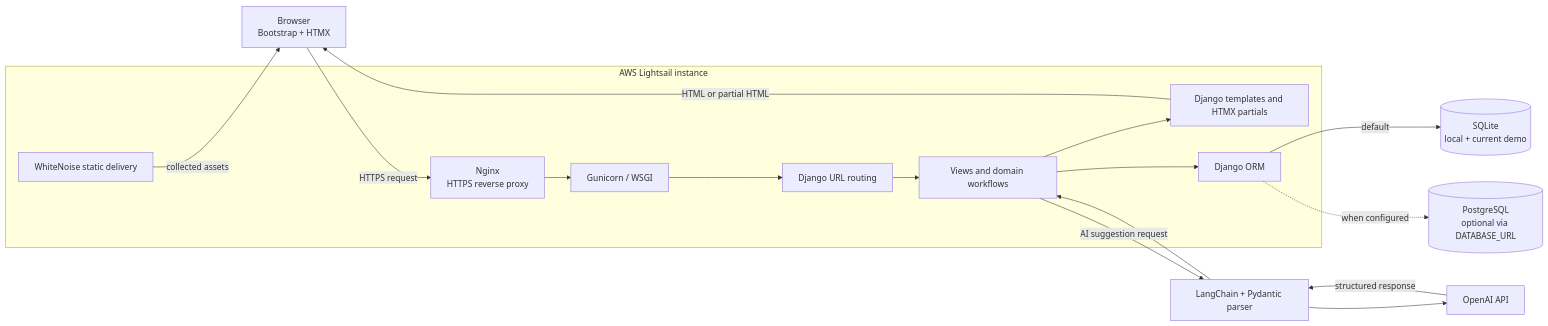
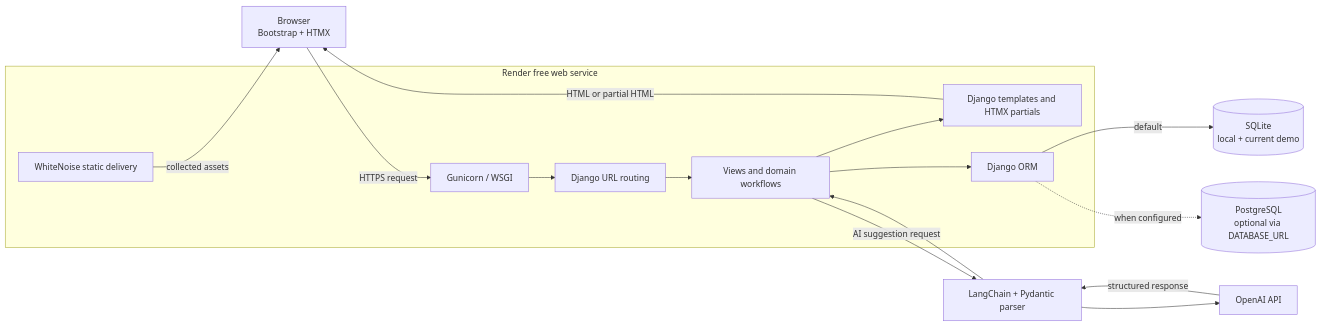
Before and after one commit to Dennylunch/TrainForge: the first of 2 diagrams in README.md, drawn with Mermaid. The commit also changed other lines of this file, not shown here.

Commit message:
Update README for Render free demo

````diff
--- a/README.md
+++ b/README.md
@@ -80,29 +80,28 @@
 ```mermaid
 flowchart LR
     Browser["Browser<br/>Bootstrap + HTMX"]
 
-    subgraph Lightsail["AWS Lightsail instance"]
-        Nginx["Nginx<br/>HTTPS reverse proxy"]
+    subgraph Render["Render free web service"]
         Gunicorn["Gunicorn / WSGI"]
         Django["Django URL routing"]
         Views["Views and domain workflows"]
         Templates["Django templates and HTMX partials"]
         ORM["Django ORM"]
         WhiteNoise["WhiteNoise static delivery"]
     end
 
     SQLite[("SQLite<br/>local + current demo")]
     PostgreSQL[("PostgreSQL<br/>optional via DATABASE_URL")]
     LangChain["LangChain + Pydantic parser"]
     OpenAI["OpenAI API"]
 
-    Browser -->|HTTPS request| Nginx --> Gunicorn
+    Browser -->|HTTPS request| Gunicorn
     Gunicorn --> Django --> Views
     Views --> Templates -->|HTML or partial HTML| Browser
     Views --> ORM
     ORM -->|default| SQLite
     ORM -.->|when configured| PostgreSQL
     Views -->|AI suggestion request| LangChain --> OpenAI
     OpenAI -->|structured response| LangChain --> Views
     WhiteNoise -->|collected assets| Browser
 ```
````
